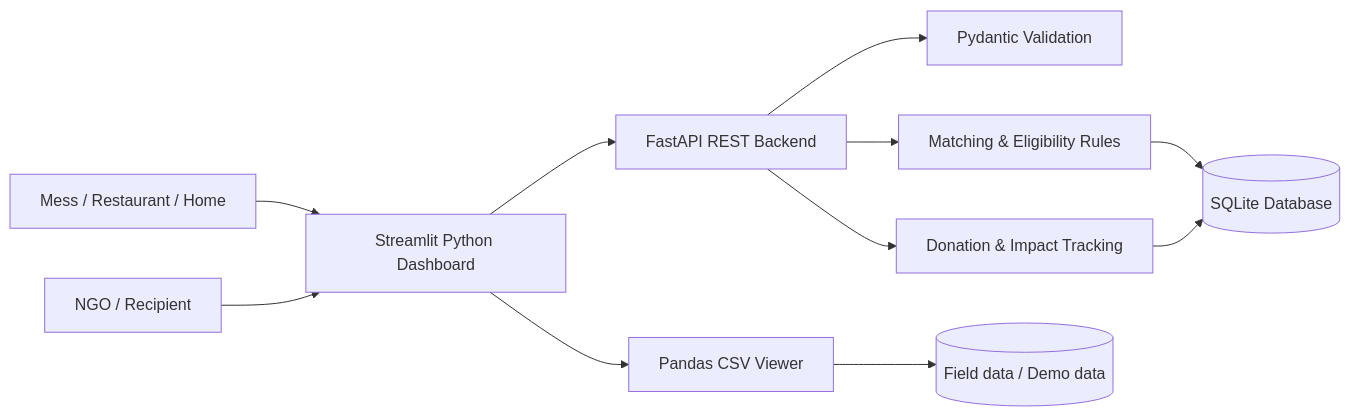
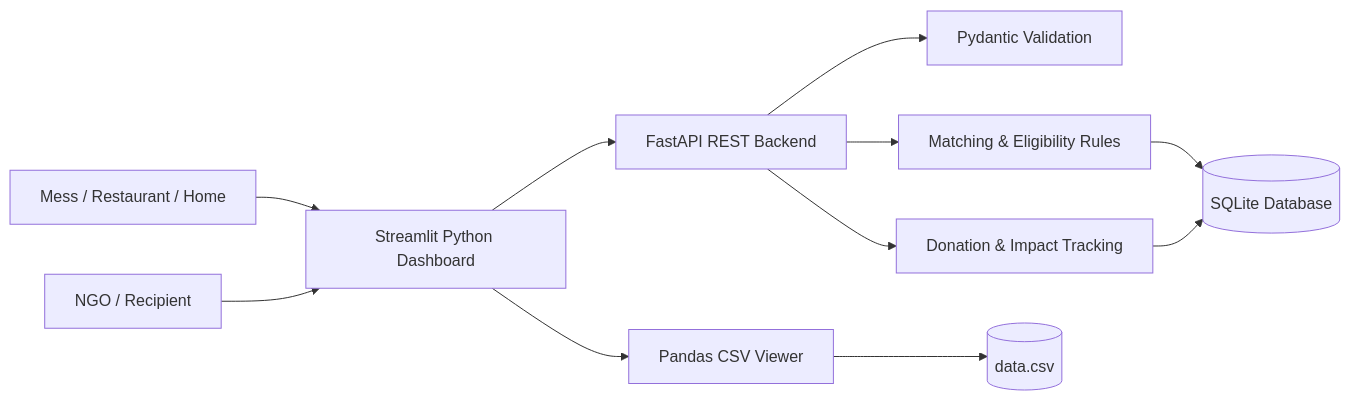
Before and after one commit to saniya-dogra/mess2meal: the second of 2 diagrams in README.md, drawn with Mermaid.

Commit message:
Update README for single clearly labeled demo dataset

````diff
--- a/README.md
+++ b/README.md
@@ -63,13 +63,13 @@
 ```mermaid
 flowchart LR
     S["Mess / Restaurant / Home"] --> UI["Streamlit Python Dashboard"]
     N["NGO / Recipient"] --> UI
     UI --> API["FastAPI REST Backend"]
     API --> P["Pydantic Validation"]
     API --> M["Matching & Eligibility Rules"]
     M --> DB[("SQLite Database")]
     UI --> CSV["Pandas CSV Viewer"]
-    CSV --> D[("Field data / Demo data")]
+    CSV --> D[("data.csv")]
     API --> IMP["Donation & Impact Tracking"]
     IMP --> DB
 ```
````
